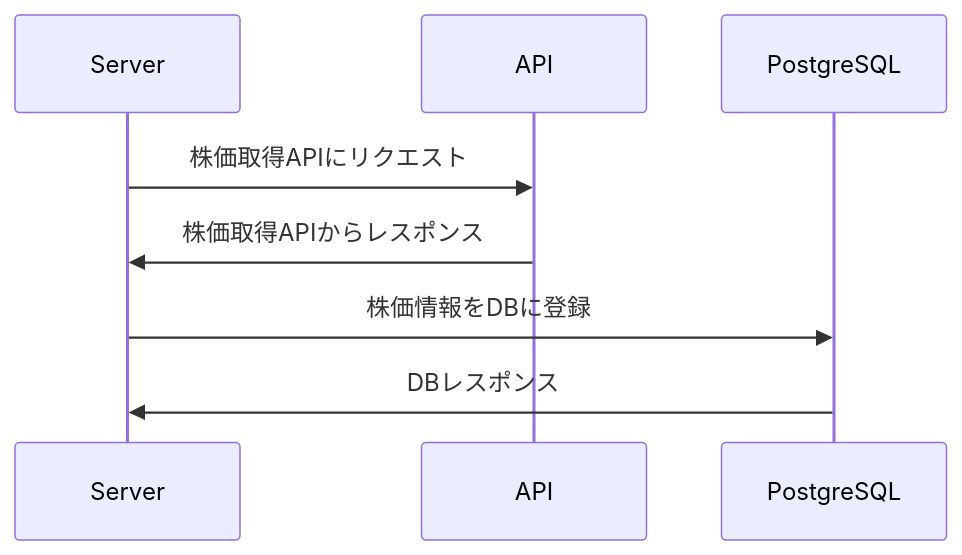
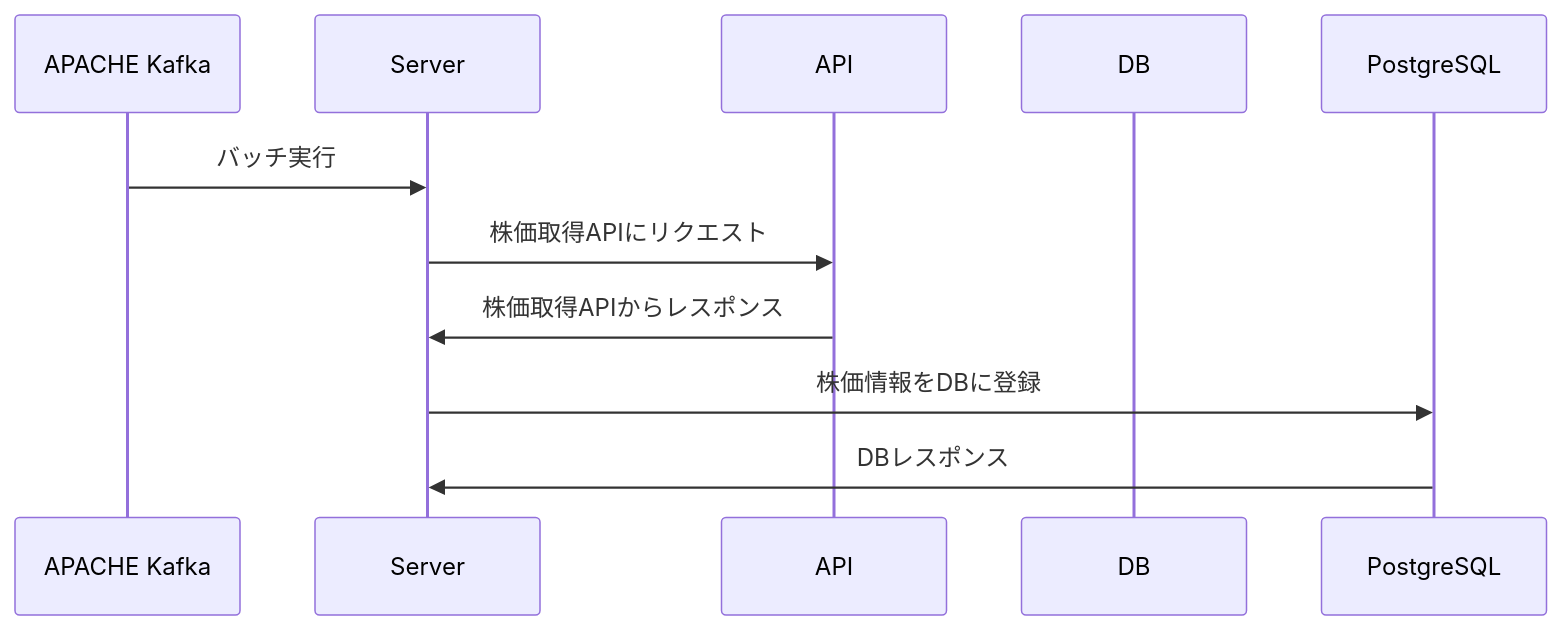
The second of 2 diagrams in docs/design_docs.md (yoshihiro-shu/Financial-bot), drawn with Mermaid before and after one commit. The commit also changed other lines of this file, not shown here.

Commit message:
update: シーケンス図

````diff
--- a/docs/design_docs.md
+++ b/docs/design_docs.md
@@ -50,10 +71,13 @@
 ```mermaid
 sequenceDiagram
+  participant APACHE Kafka
   participant Server
   participant API
-  participant PostgreSQL
+  participant DB
+
+  APACHE Kafka->>Server: バッチ実行
   Server->>API: 株価取得APIにリクエスト
   API->>Server: 株価取得APIからレスポンス
   Server->>PostgreSQL: 株価情報をDBに登録
   PostgreSQL->>Server: DBレスポンス
 ```
````
